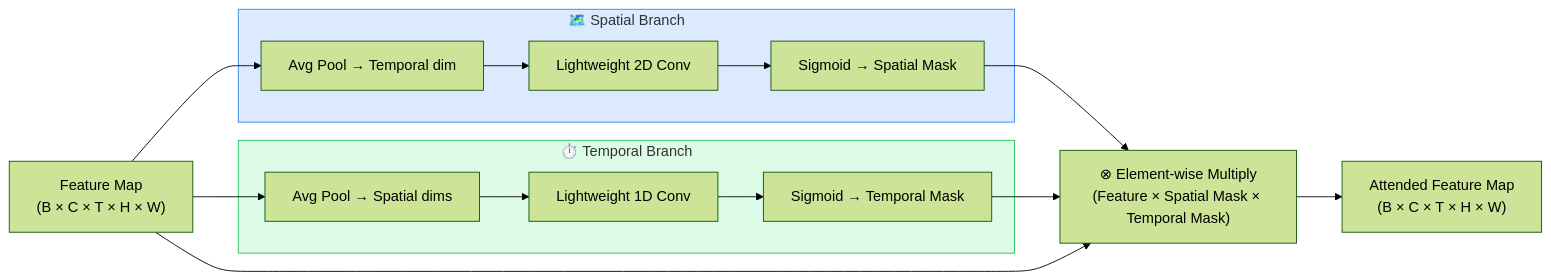
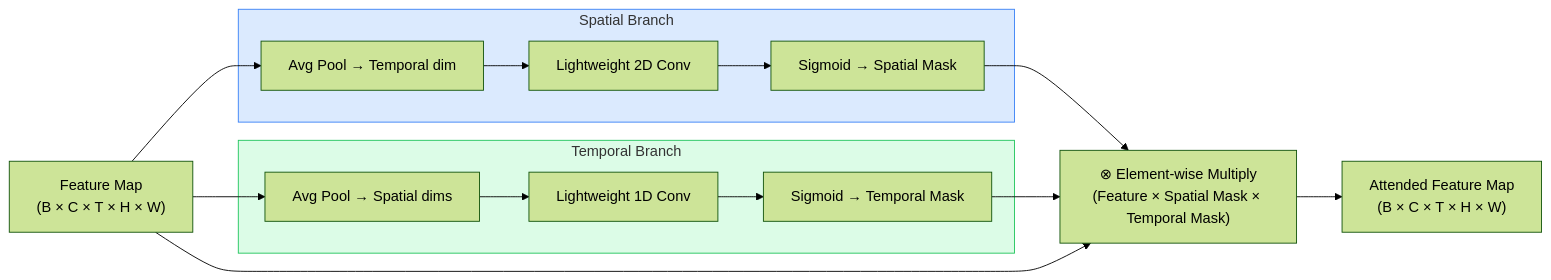
Before and after one commit to Ramanakumarreddy/STCA-Net-Project: the sixth of 7 diagrams in STCA_Net_System_Overview_Diagrams.md, drawn with Mermaid (forest theme). The commit also changed other lines of this file, not shown here.

Commit message:
Updated system overview diagrams

````diff
--- a/STCA_Net_System_Overview_Diagrams.md
+++ b/STCA_Net_System_Overview_Diagrams.md
@@ -213,27 +213,27 @@
 ```mermaid
 flowchart LR
     IN["Feature Map\n(B × C × T × H × W)"]
 
-    subgraph Spatial_Branch["🗺️ Spatial Branch"]
+    subgraph Spatial_Branch["Spatial Branch"]
         SA1["Avg Pool → Temporal dim"]
         SA2["Lightweight 2D Conv"]
         SA3["Sigmoid → Spatial Mask"]
     end
 
-    subgraph Temporal_Branch["⏱️ Temporal Branch"]
+    subgraph Temporal_Branch["Temporal Branch"]
         TA1["Avg Pool → Spatial dims"]
         TA2["Lightweight 1D Conv"]
         TA3["Sigmoid → Temporal Mask"]
     end
 
     FUSE["⊗ Element-wise Multiply\n(Feature × Spatial Mask × Temporal Mask)"]
     OUT["Attended Feature Map\n(B × C × T × H × W)"]
 
     IN --> SA1 --> SA2 --> SA3 --> FUSE
     IN --> TA1 --> TA2 --> TA3 --> FUSE
     IN --> FUSE
     FUSE --> OUT
 
     style Spatial_Branch fill:#dbeafe,stroke:#3b82f6
     style Temporal_Branch fill:#dcfce7,stroke:#22c55e
 ```
````
